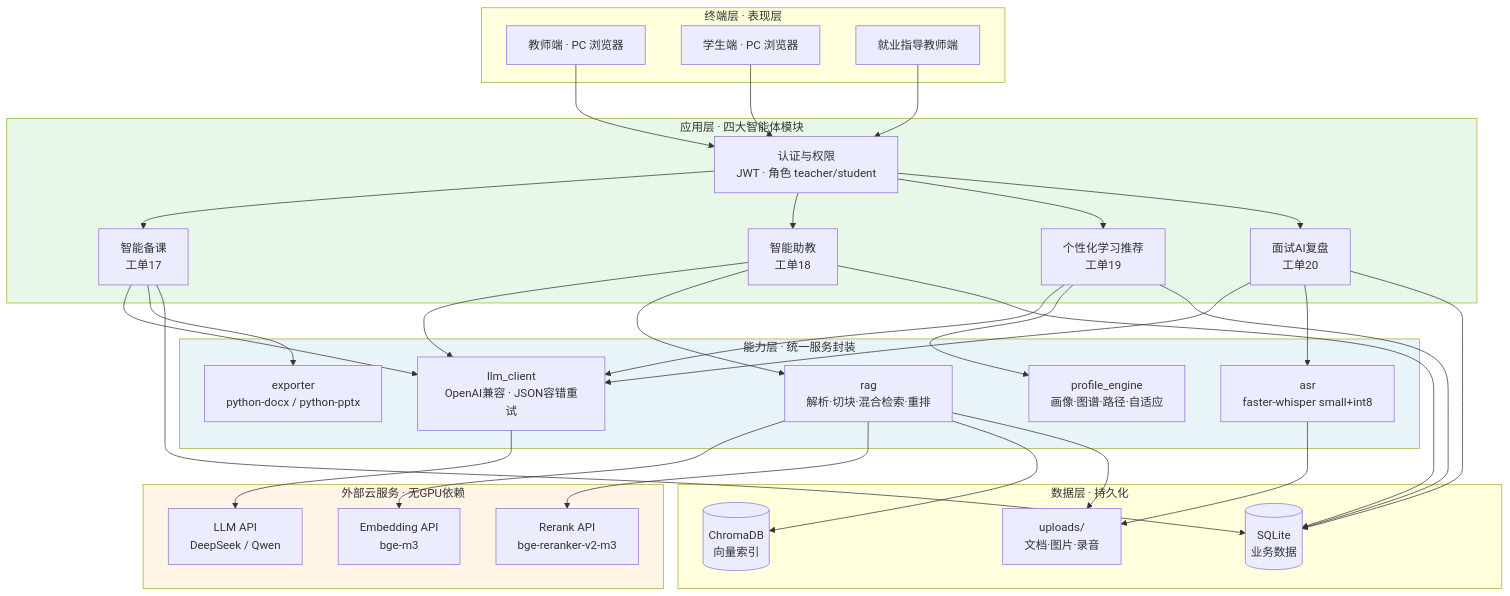
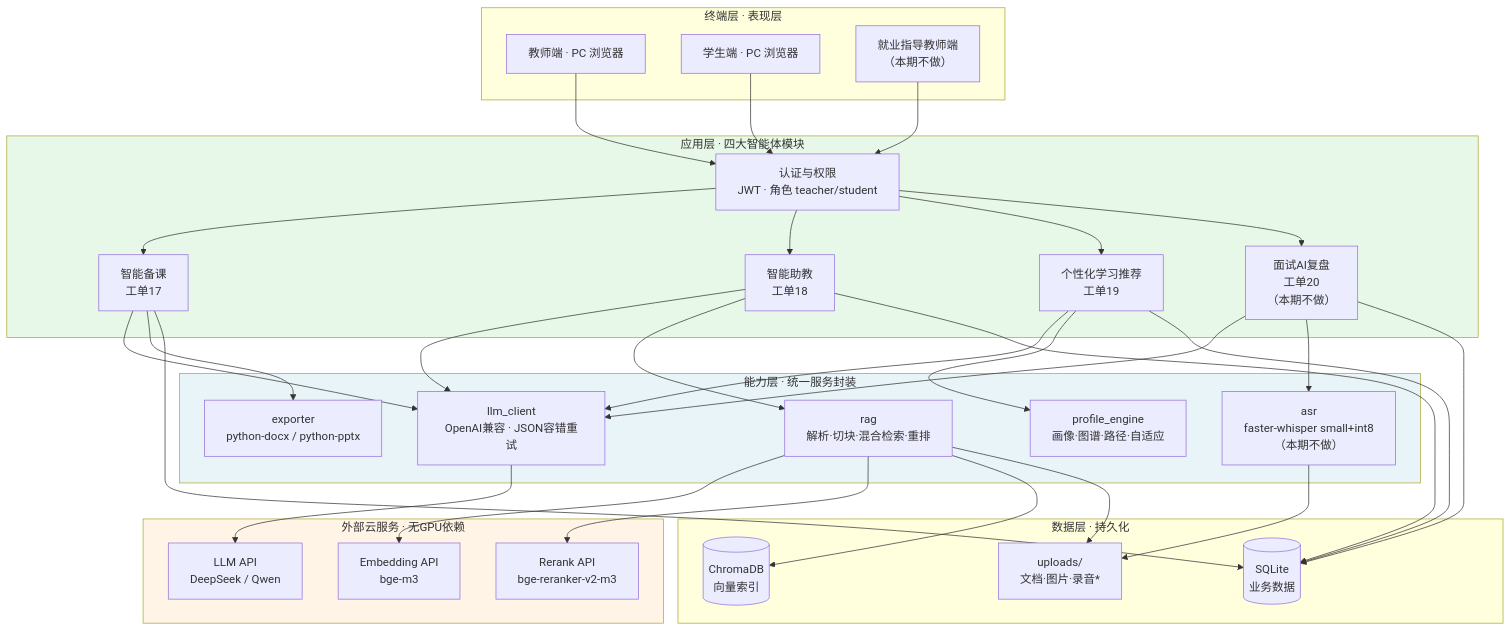
Before and after one commit to jyt-1/educational-digital-humans: the first of 3 diagrams in docs/设计文档-工单16.md, drawn with Mermaid. The commit also changed other lines of this file and 4 other files, not shown here.

````diff
--- a/docs/设计文档-工单16.md
+++ b/docs/设计文档-工单16.md
@@ -241,58 +285,58 @@
 ```mermaid
 graph TB
     subgraph 终端层["终端层 · 表现层"]
         T1["教师端 · PC 浏览器"]
         T2["学生端 · PC 浏览器"]
-        T3["就业指导教师端"]
+        T3["就业指导教师端<br/>（本期不做）"]
     end
 
     subgraph 应用层["应用层 · 四大智能体模块"]
         A0["认证与权限<br/>JWT · 角色 teacher/student"]
         A1["智能备课<br/>工单17"]
         A2["智能助教<br/>工单18"]
         A3["个性化学习推荐<br/>工单19"]
-        A4["面试AI复盘<br/>工单20"]
+        A4["面试AI复盘<br/>工单20<br/>（本期不做）"]
     end
 
     subgraph 能力层["能力层 · 统一服务封装"]
         C1["llm_client<br/>OpenAI兼容 · JSON容错重试"]
         C2["rag<br/>解析·切块·混合检索·重排"]
-        C3["asr<br/>faster-whisper small+int8"]
+        C3["asr<br/>faster-whisper small+int8<br/>（本期不做）"]
         C4["exporter<br/>python-docx / python-pptx"]
         C5["profile_engine<br/>画像·图谱·路径·自适应"]
     end
 
     subgraph 数据层["数据层 · 持久化"]
         D1[("SQLite<br/>业务数据")]
         D2[("ChromaDB<br/>向量索引")]
-        D3["uploads/<br/>文档·图片·录音"]
+        D3["uploads/<br/>文档·图片·录音*"]
     end
 
     subgraph 外部["外部云服务 · 无GPU依赖"]
         E1["LLM API<br/>DeepSeek / Qwen"]
         E2["Embedding API<br/>bge-m3"]
         E3["Rerank API<br/>bge-reranker-v2-m3"]
     end
 
     T1 --> A0
     T2 --> A0
     T3 --> A0
     A0 --> A1 & A2 & A3 & A4
 
     A1 --> C1 & C4
     A2 --> C1 & C2
     A3 --> C1 & C5
     A4 --> C1 & C3
 
     C1 --> E1
     C2 --> E2 & E3
     C2 --> D2
     C3 --> D3
 
     A1 & A2 & A3 & A4 --> D1
     C2 --> D3
 
     style 能力层 fill:#e8f4f8
     style 外部 fill:#fff4e6
     style 应用层 fill:#e8f8e8
 ```
````
